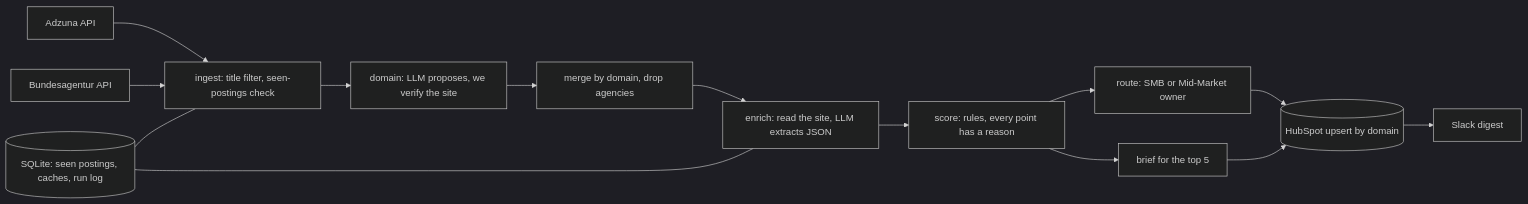
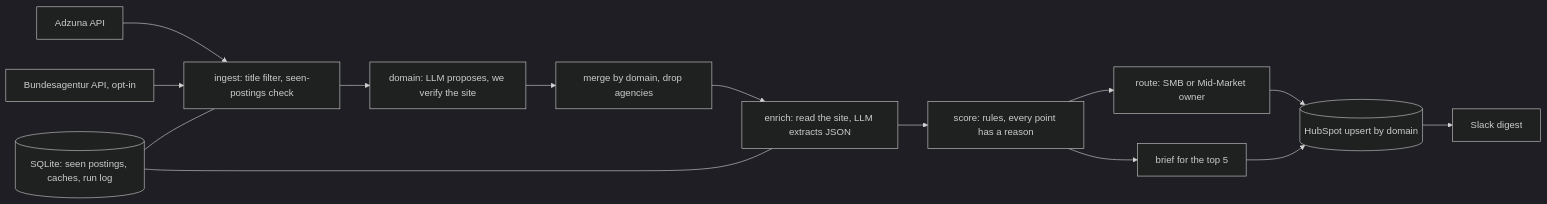
The diagram in README.md (AshrafAhmed9/secfix-signal-radar), drawn with Mermaid (dark theme) before and after one commit. The commit also changed other lines of this file and 5 other files, not shown here.

````diff
--- a/README.md
+++ b/README.md
@@ -23,16 +23,16 @@
 ```mermaid
 flowchart LR
     A[Adzuna API] --> I[ingest: title filter, seen-postings check]
-    B[Bundesagentur API] --> I
+    B[Bundesagentur API, opt-in] --> I
     I --> D[domain: LLM proposes, we verify the site]
     D --> M[merge by domain, drop agencies]
     M --> E[enrich: read the site, LLM extracts JSON]
     E --> S[score: rules, every point has a reason]
     S --> R[route: SMB or Mid-Market owner]
     R --> H[(HubSpot upsert by domain)]
     S --> BR[brief for the top 5]
     BR --> H
     H --> SL[Slack digest]
     X[(SQLite: seen postings, caches, run log)] --- I
     X --- E
 ```
````
